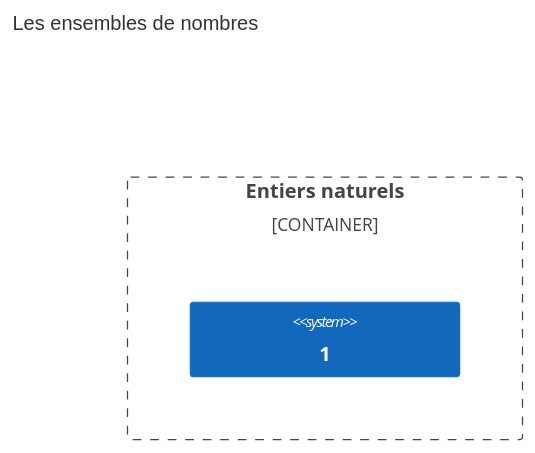
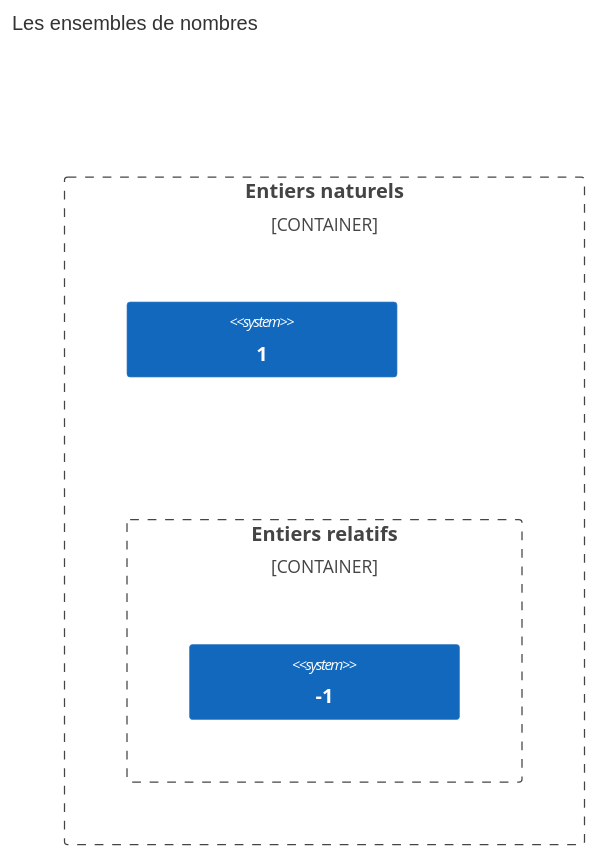
One commit to boddaert/nsi changed the diagram in première/Représentation_des_nombres_en_machine/Représentation_des_entiers_naturels.md. Above: the diagram before and after it, drawn with Mermaid.

````diff
--- a/première/Représentation_des_nombres_en_machine/Représentation_des_entiers_naturels.md
+++ b/première/Représentation_des_nombres_en_machine/Représentation_des_entiers_naturels.md
@@ -15,10 +15,14 @@
 ```mermaid
 C4Container
     title Les ensembles de nombres
 
     Container_Boundary(c1, "Entiers naturels") {
         System(entiers_naturels, "1")
 
+        Container_Boundary(c2, "Entiers relatifs"){
+            System(entier_relatifs, "-1")
+        }
+
     }
 
 ```
````
